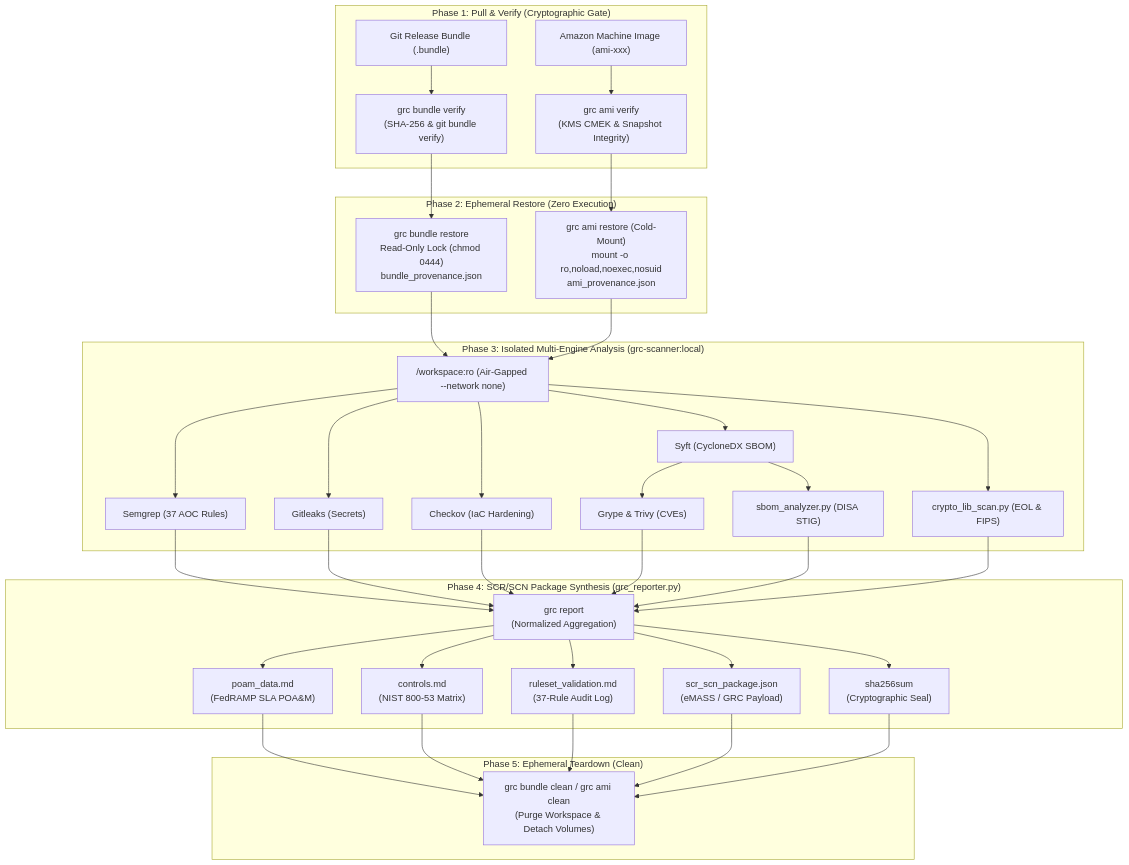
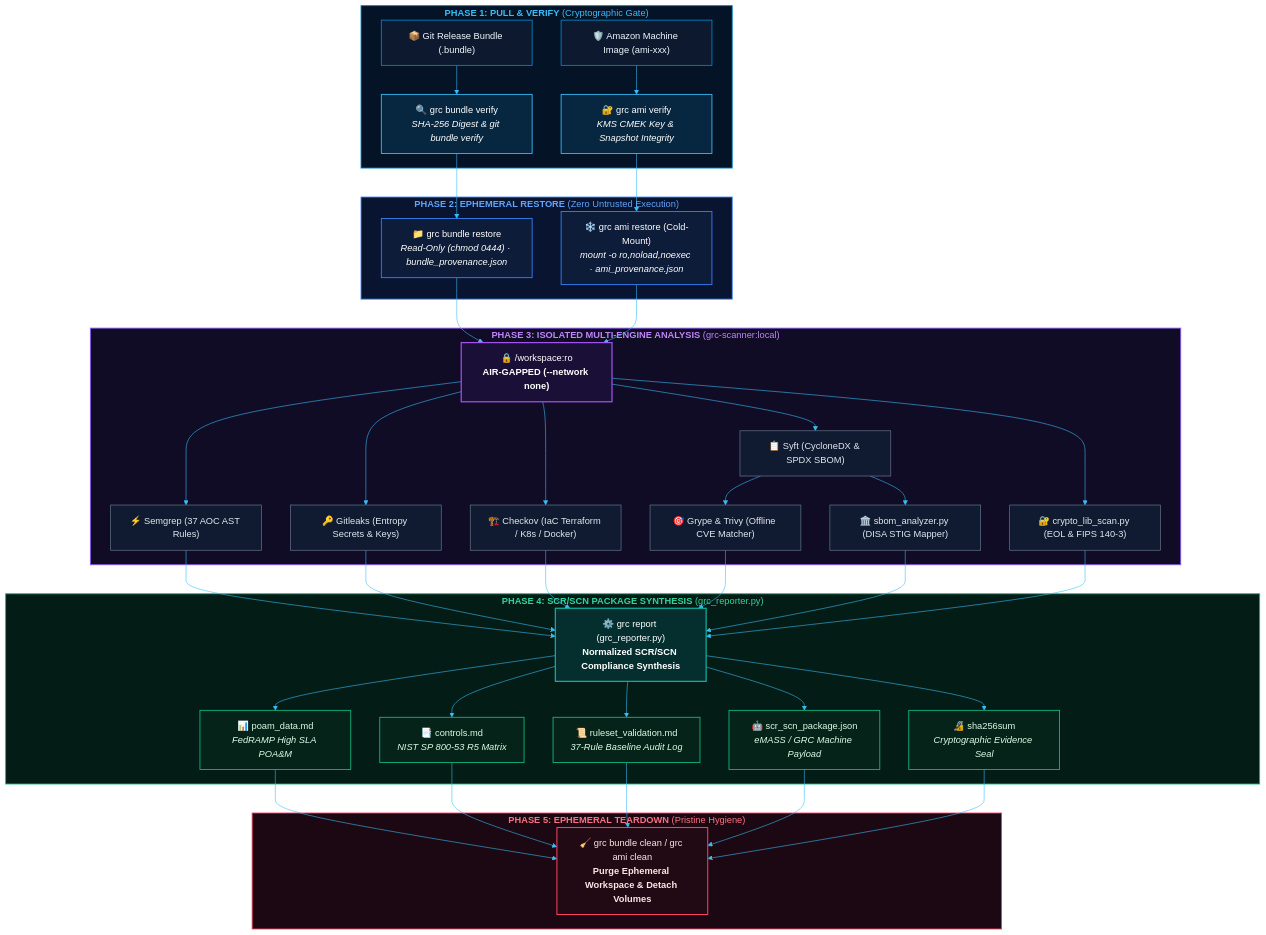
One commit to eodartintlabs-hue/grc-bundle-review changed the diagram in README.md. Above: the diagram before and after it, drawn with Mermaid. The commit also changed 1 other file, not shown here.

Commit message:
style: replace tech-stack.svg with wrapped-text infographic and restyle README mermaid diagram

````diff
--- a/README.md
+++ b/README.md
@@ -66,36 +66,70 @@
 ```mermaid
+%%{init: {
+  'theme': 'base',
+  'themeVariables': {
+    'darkMode': true,
+    'background': '#070a12',
+    'primaryColor': '#0f172a',
+    'primaryTextColor': '#f8fafc',
+    'primaryBorderColor': '#38bdf8',
+    'lineColor': '#38bdf8',
+    'secondaryColor': '#1e1b4b',
+    'tertiaryColor': '#0c4a6e',
+    'mainBkg': '#0f172a',
+    'nodeBorder': '#38bdf8',
+    'clusterBkg': '#0b0f19',
+    'clusterBorder': '#1e293b',
+    'defaultLinkColor': '#38bdf8',
+    'fontFamily': 'system-ui, -apple-system, sans-serif'
+  }
+}}%%
 flowchart TD
-    subgraph Phase1["Phase 1: Pull & Verify (Cryptographic Gate)"]
-        Bundle["Git Release Bundle (.bundle)"] --> VerifyB["grc bundle verify\n(SHA-256 & git bundle verify)"]
-        AMI["Amazon Machine Image (ami-xxx)"] --> VerifyA["grc ami verify\n(KMS CMEK & Snapshot Integrity)"]
+    classDef inputNode fill:#0c192e,stroke:#0284c7,stroke-width:1.5px,color:#f0f9ff;
+    classDef verifyNode fill:#072740,stroke:#38bdf8,stroke-width:1.5px,color:#ffffff;
+    classDef restoreNode fill:#0d1c38,stroke:#3b82f6,stroke-width:1.5px,color:#ffffff;
+    classDef airgapNode fill:#1a0f37,stroke:#a855f7,stroke-width:2px,color:#ffffff;
+    classDef scannerNode fill:#101a30,stroke:#64748b,stroke-width:1.2px,color:#e2e8f0;
+    classDef reportNode fill:#042f2e,stroke:#14b8a6,stroke-width:2px,color:#ffffff;
+    classDef deliverableNode fill:#062319,stroke:#10b981,stroke-width:1.5px,color:#dcfce7;
+    classDef cleanNode fill:#220a14,stroke:#f43f5e,stroke-width:1.8px,color:#ffe4e6;
+
+    subgraph Phase1["<b>PHASE 1: PULL &amp; VERIFY</b> (Cryptographic Gate)"]
+        Bundle["📦 Git Release Bundle (.bundle)"]:::inputNode --> VerifyB["🔍 grc bundle verify<br/><i>SHA-256 Digest &amp; git bundle verify</i>"]:::verifyNode
+        AMI["🛡️ Amazon Machine Image (ami-xxx)"]:::inputNode --> VerifyA["🔐 grc ami verify<br/><i>KMS CMEK Key &amp; Snapshot Integrity</i>"]:::verifyNode
     end
 
-    subgraph Phase2["Phase 2: Ephemeral Restore (Zero Execution)"]
-        VerifyB --> RestoreB["grc bundle restore\nRead-Only Lock (chmod 0444)\nbundle_provenance.json"]
-        VerifyA --> RestoreA["grc ami restore (Cold-Mount)\nmount -o ro,noload,noexec,nosuid\nami_provenance.json"]
+    subgraph Phase2["<b>PHASE 2: EPHEMERAL RESTORE</b> (Zero Untrusted Execution)"]
+        VerifyB --> RestoreB["📁 grc bundle restore<br/><i>Read-Only (chmod 0444) · bundle_provenance.json</i>"]:::restoreNode
+        VerifyA --> RestoreA["❄️ grc ami restore (Cold-Mount)<br/><i>mount -o ro,noload,noexec · ami_provenance.json</i>"]:::restoreNode
     end
 
-    subgraph Phase3["Phase 3: Isolated Multi-Engine Analysis (grc-scanner:local)"]
-        RestoreB & RestoreA --> Workspace["/workspace:ro (Air-Gapped --network none)"]
-        Workspace --> Semgrep["Semgrep (37 AOC Rules)"]
-        Workspace --> Gitleaks["Gitleaks (Secrets)"]
-        Workspace --> Checkov["Checkov (IaC Hardening)"]
-        Workspace --> Syft["Syft (CycloneDX SBOM)"]
-        Syft --> GrypeTrivy["Grype & Trivy (CVEs)"]
-        Syft --> STIGMap["sbom_analyzer.py (DISA STIG)"]
-        Workspace --> CryptoScan["crypto_lib_scan.py (EOL & FIPS)"]
+    subgraph Phase3["<b>PHASE 3: ISOLATED MULTI-ENGINE ANALYSIS</b> (grc-scanner:local)"]
+        RestoreB & RestoreA --> Workspace["🔒 /workspace:ro<br/><b>AIR-GAPPED (--network none)</b>"]:::airgapNode
+        Workspace --> Semgrep["⚡ Semgrep (37 AOC AST Rules)"]:::scannerNode
+        Workspace --> Gitleaks["🔑 Gitleaks (Entropy Secrets &amp; Keys)"]:::scannerNode
+        Workspace --> Checkov["🏗️ Checkov (IaC Terraform / K8s / Docker)"]:::scannerNode
+        Workspace --> Syft["📋 Syft (CycloneDX &amp; SPDX SBOM)"]:::scannerNode
+        Syft --> GrypeTrivy["🎯 Grype &amp; Trivy (Offline CVE Matcher)"]:::scannerNode
+        Syft --> STIGMap["🏛️ sbom_analyzer.py (DISA STIG Mapper)"]:::scannerNode
+        Workspace --> CryptoScan["🔐 crypto_lib_scan.py (EOL &amp; FIPS 140-3)"]:::scannerNode
     end
 
-    subgraph Phase4["Phase 4: SCR/SCN Package Synthesis (grc_reporter.py)"]
-        Semgrep & Gitleaks & Checkov & GrypeTrivy & STIGMap & CryptoScan --> Reporter["grc report\n(Normalized Aggregation)"]
-        Reporter --> POAM["poam_data.md\n(FedRAMP SLA POA&M)"]
-        Reporter --> Controls["controls.md\n(NIST 800-53 Matrix)"]
-        Reporter --> RulesetLog["ruleset_validation.md\n(37-Rule Audit Log)"]
-        Reporter --> SCR["scr_scn_package.json\n(eMASS / GRC Payload)"]
-        Reporter --> Seal["sha256sum\n(Cryptographic Seal)"]
+    subgraph Phase4["<b>PHASE 4: SCR/SCN PACKAGE SYNTHESIS</b> (grc_reporter.py)"]
+        Semgrep & Gitleaks & Checkov & GrypeTrivy & STIGMap & CryptoScan --> Reporter["⚙️ grc report (grc_reporter.py)<br/><b>Normalized SCR/SCN Compliance Synthesis</b>"]:::reportNode
+        Reporter --> POAM["📊 poam_data.md<br/><i>FedRAMP High SLA POA&amp;M</i>"]:::deliverableNode
+        Reporter --> Controls["📑 controls.md<br/><i>NIST SP 800-53 R5 Matrix</i>"]:::deliverableNode
+        Reporter --> RulesetLog["📜 ruleset_validation.md<br/><i>37-Rule Baseline Audit Log</i>"]:::deliverableNode
+        Reporter --> SCR["🤖 scr_scn_package.json<br/><i>eMASS / GRC Machine Payload</i>"]:::deliverableNode
+        Reporter --> Seal["🔏 sha256sum<br/><i>Cryptographic Evidence Seal</i>"]:::deliverableNode
     end
 
-    subgraph Phase5["Phase 5: Ephemeral Teardown (Clean)"]
-        POAM & Controls & RulesetLog & SCR & Seal --> Clean["grc bundle clean / grc ami clean\n(Purge Workspace & Detach Volumes)"]
+    subgraph Phase5["<b>PHASE 5: EPHEMERAL TEARDOWN</b> (Pristine Hygiene)"]
+        POAM & Controls & RulesetLog & SCR & Seal --> Clean["🧹 grc bundle clean / grc ami clean<br/><b>Purge Ephemeral Workspace &amp; Detach Volumes</b>"]:::cleanNode
     end
+
+    style Phase1 fill:#051326,stroke:#0284c7,stroke-width:1.5px,color:#38bdf8
+    style Phase2 fill:#081430,stroke:#3b82f6,stroke-width:1.5px,color:#60a5fa
+    style Phase3 fill:#110c26,stroke:#8b5cf6,stroke-width:1.5px,color:#c084fc
+    style Phase4 fill:#041c16,stroke:#10b981,stroke-width:1.5px,color:#34d399
+    style Phase5 fill:#1c0812,stroke:#f43f5e,stroke-width:1.5px,color:#fb7185
 ```
````
